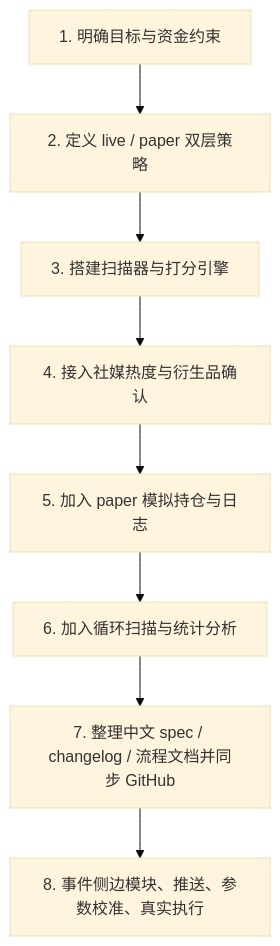
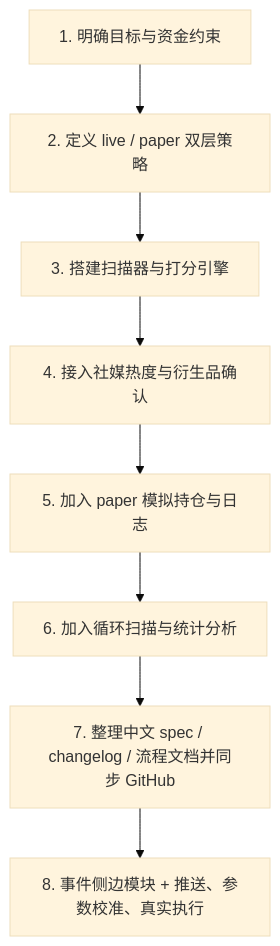
The diagram in PROCESS_FLOW.md (boboligmail/perp_opportunity_agent), drawn with Mermaid (base theme) before and after one commit. The commit also changed other lines of this file and 4 other files, not shown here.

````diff
--- a/PROCESS_FLOW.md
+++ b/PROCESS_FLOW.md
@@ -10,10 +10,10 @@
 ```mermaid
 flowchart TD
     A["1. 明确目标与资金约束"] --> B["2. 定义 live / paper 双层策略"]
     B --> C["3. 搭建扫描器与打分引擎"]
     C --> D["4. 接入社媒热度与衍生品确认"]
     D --> E["5. 加入 paper 模拟持仓与日志"]
     E --> F["6. 加入循环扫描与统计分析"]
     F --> G["7. 整理中文 spec / changelog / 流程文档并同步 GitHub"]
-    G --> H["8. 事件侧边模块、推送、参数校准、真实执行"]
+    G --> H["8. 事件侧边模块 + 推送、参数校准、真实执行"]
 ```
````
